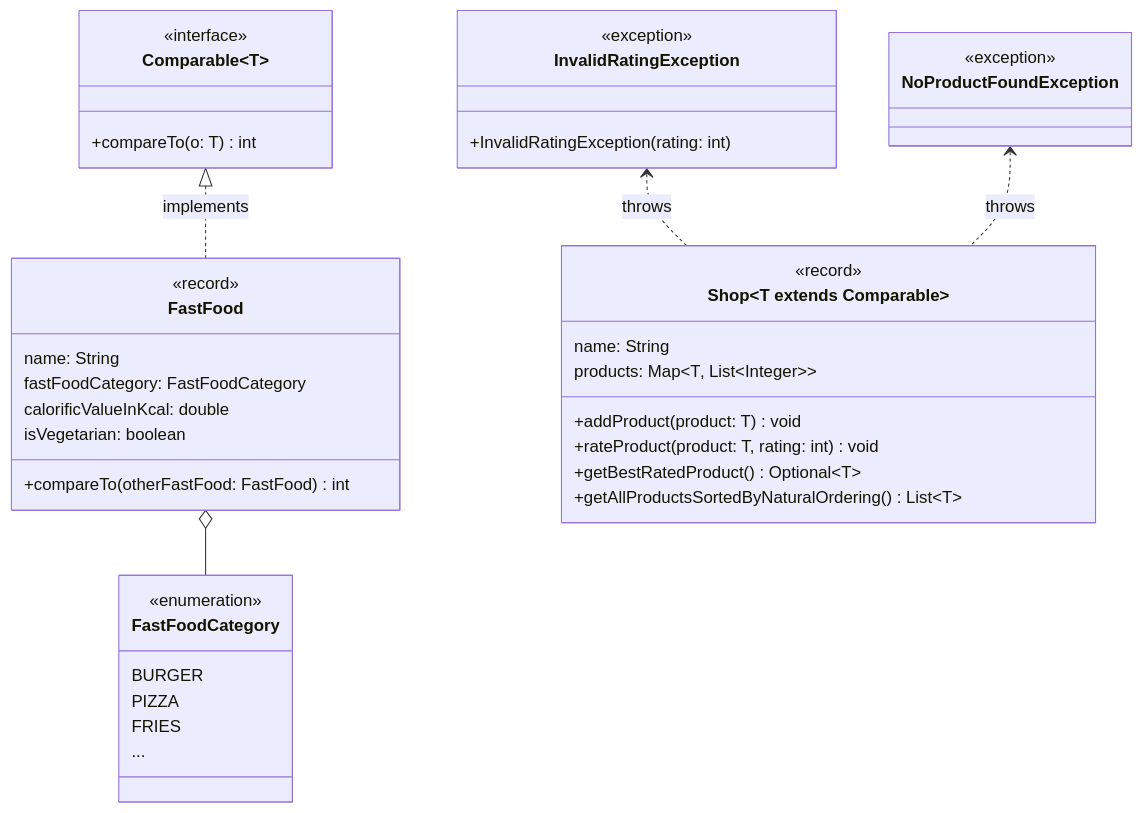
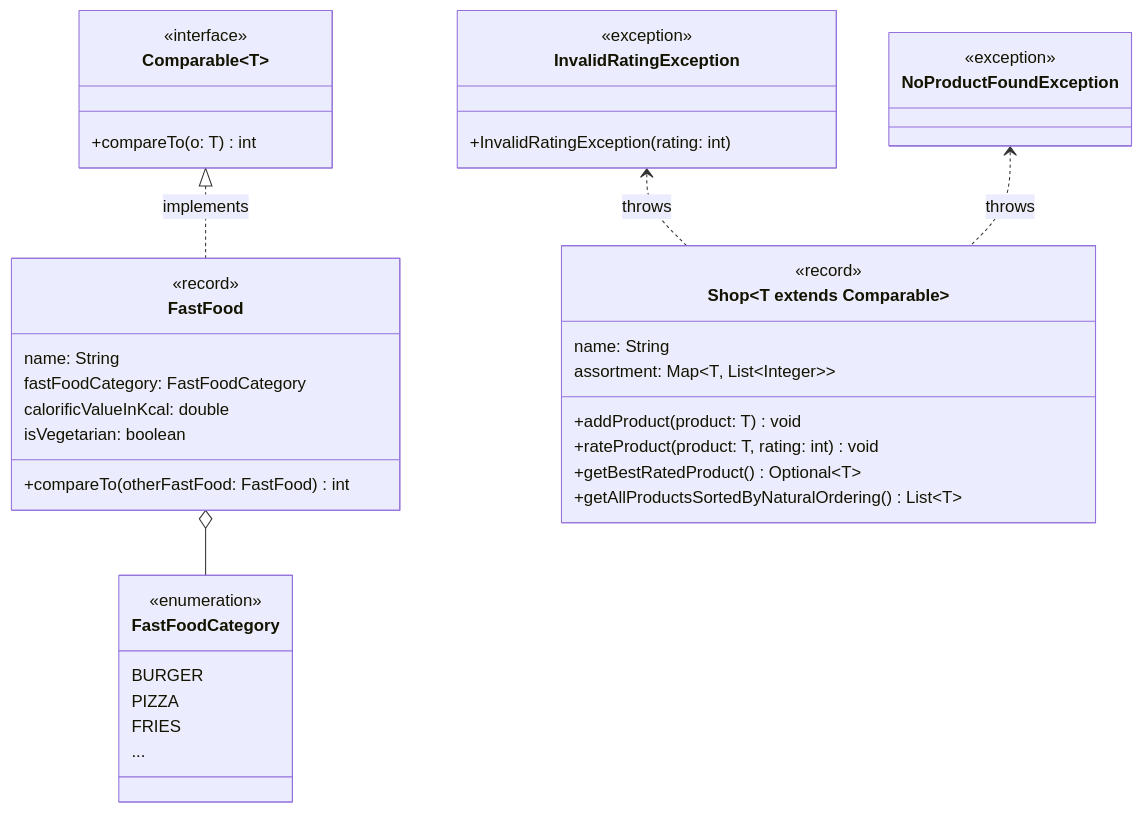
One commit to appenmaier/java_wwibe123 changed the diagram in test-exercise.md. Above: the diagram before and after it, drawn with Mermaid. The commit also changed other lines of this file, not shown here.

````diff
--- a/test-exercise.md
+++ b/test-exercise.md
@@ -6,48 +6,48 @@
 ```mermaid
 classDiagram
     FastFood o-- FastFoodCategory
     Comparable~T~ <|.. FastFood: implements
     InvalidRatingException <.. Shop~T extends Comparable<T>~: throws
     NoProductFoundException <.. Shop~T extends Comparable<T>~: throws
 
     class FastFoodCategory {
         <<enumeration>>
         BURGER
         PIZZA
         FRIES
         ...
     }
 
     class FastFood {
         <<record>>
         name: String
         fastFoodCategory: FastFoodCategory
         calorificValueInKcal: double
         isVegetarian: boolean
         +compareTo(otherFastFood: FastFood) int
     }
 
     class Shop~T extends Comparable<T>~ {
         <<record>>
         name: String
-        products: Map~T&sbquo; List~Integer~~
+        assortment: Map~T&sbquo; List~Integer~~
         +addProduct(product: T) void
         +rateProduct(product: T, rating: int) void
         +getBestRatedProduct() Optional~T~
         +getAllProductsSortedByNaturalOrdering() List~T~
     }
 
     class Comparable~T~ {
         <<interface>>
         +compareTo(o: T) int
     }
 
     class InvalidRatingException {
         <<exception>>
         +InvalidRatingException(rating: int)
     }
 
     class NoProductFoundException {
         <<exception>>
     }
 ```
````
